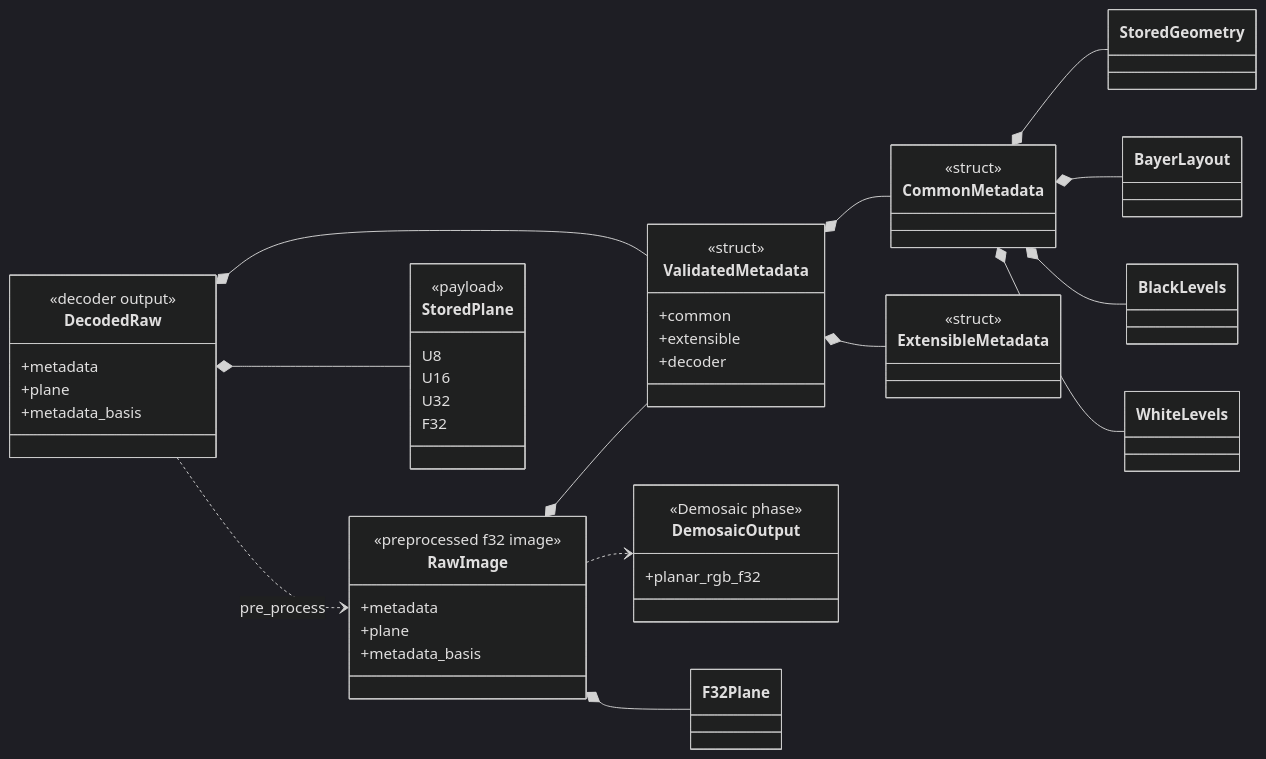
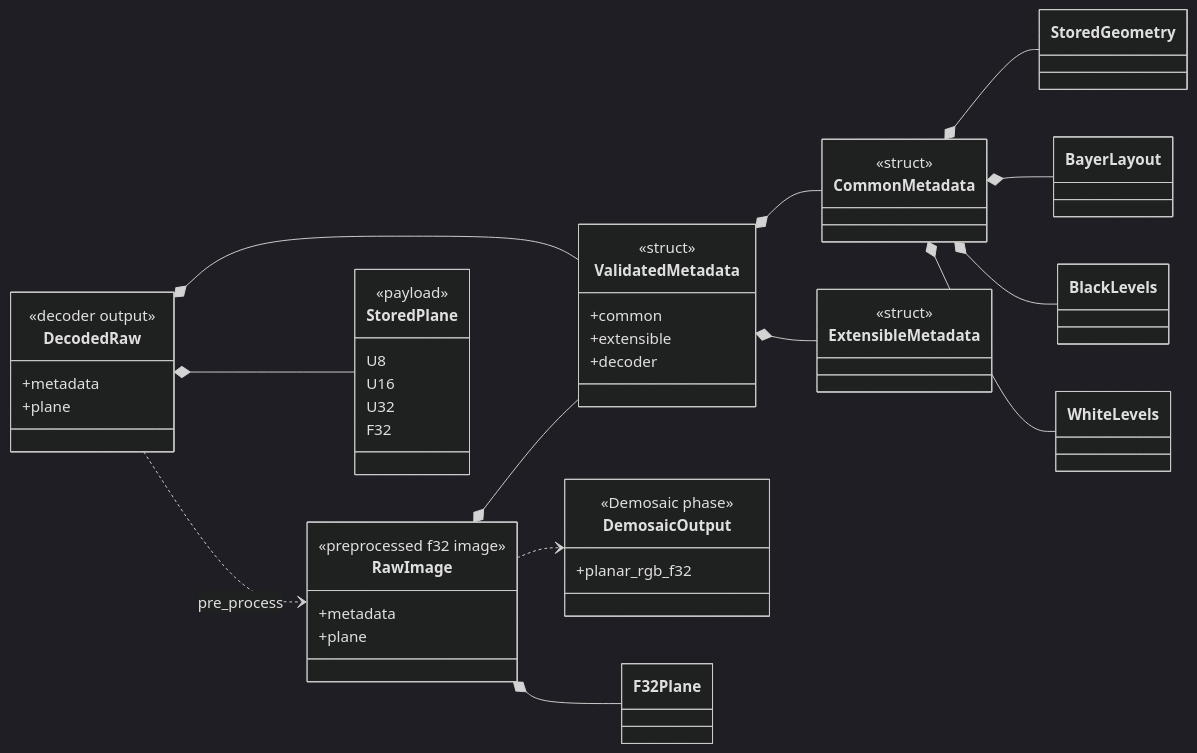
Before and after one commit to Glatzel/fornax: the diagram in docs/raw-pipeline/raw-image-struct.md, drawn with Mermaid (dark theme). The commit also changed other lines of this file and 12 other files, not shown here.

````diff
--- a/docs/raw-pipeline/raw-image-struct.md
+++ b/docs/raw-pipeline/raw-image-struct.md
@@ -9,56 +9,54 @@
 ```mermaid
 classDiagram
     direction LR
     class DecodedRaw {
         <<decoder output>>
         +metadata
         +plane
-        +metadata_basis
     }
     class RawImage {
         <<preprocessed f32 image>>
         +metadata
         +plane
-        +metadata_basis
     }
     class ValidatedMetadata {
         <<struct>>
         +common
         +extensible
         +decoder
     }
     class CommonMetadata {
         <<struct>>
     }
     class ExtensibleMetadata {
         <<struct>>
     }
     class StoredGeometry
     class BayerLayout
     class BlackLevels
     class WhiteLevels
     class StoredPlane {
         <<payload>>
         U8
         U16
         U32
         F32
     }
     class DemosaicOutput {
         <<Demosaic phase>>
         +planar_rgb_f32
     }
 
     DecodedRaw *-- ValidatedMetadata
     DecodedRaw *-- StoredPlane
     RawImage *-- ValidatedMetadata
     RawImage *-- F32Plane
     ValidatedMetadata *-- CommonMetadata
     ValidatedMetadata *-- ExtensibleMetadata
     CommonMetadata *-- StoredGeometry
     CommonMetadata *-- BayerLayout
     CommonMetadata *-- BlackLevels
     CommonMetadata *-- WhiteLevels
     DecodedRaw ..> RawImage : pre_process
     RawImage ..> DemosaicOutput
 ```
````
